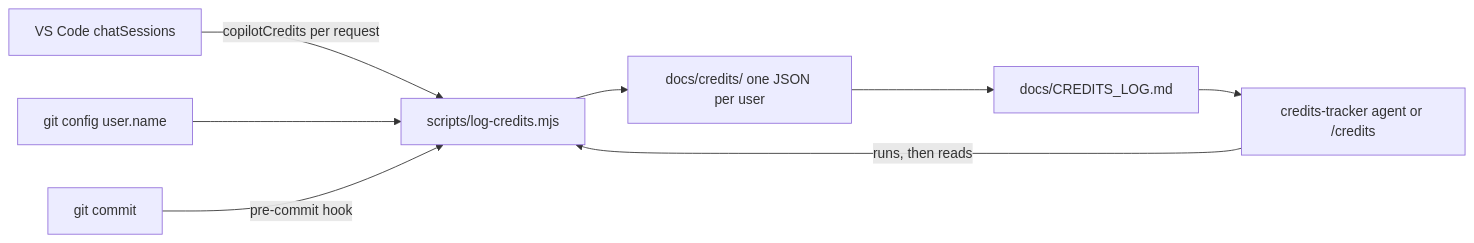
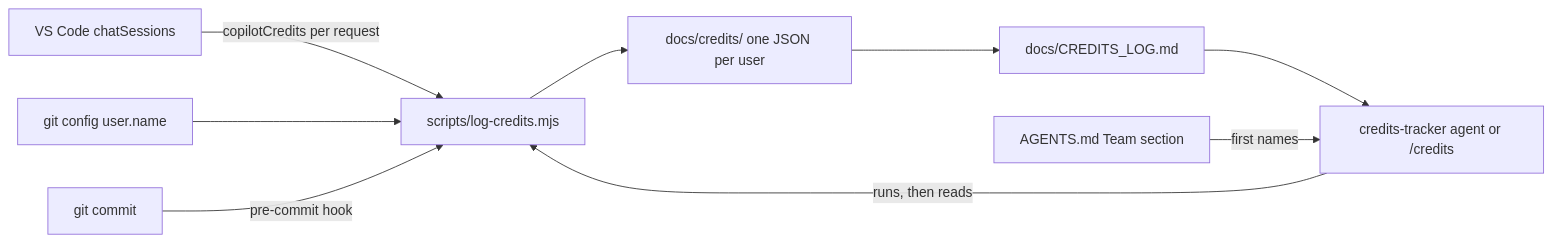
The diagram in docs/consultants/credits-tracker.md (arielpossumus/internal-island-dms), drawn with Mermaid before and after one commit. The commit also changed other lines of this file and 6 other files, not shown here.

````diff
--- a/docs/consultants/credits-tracker.md
+++ b/docs/consultants/credits-tracker.md
@@ -15,10 +15,11 @@
 ```mermaid
 flowchart LR
   A[VS Code chatSessions] -->|copilotCredits per request| B[scripts/log-credits.mjs]
   C[git config user.name] --> B
   B --> D[docs/credits/ one JSON per user]
   D --> E[docs/CREDITS_LOG.md]
   F[git commit] -->|pre-commit hook| B
   G[credits-tracker agent or /credits] -->|runs, then reads| B
   E --> G
+  H[AGENTS.md Team section] -->|first names| G
 ```
````
